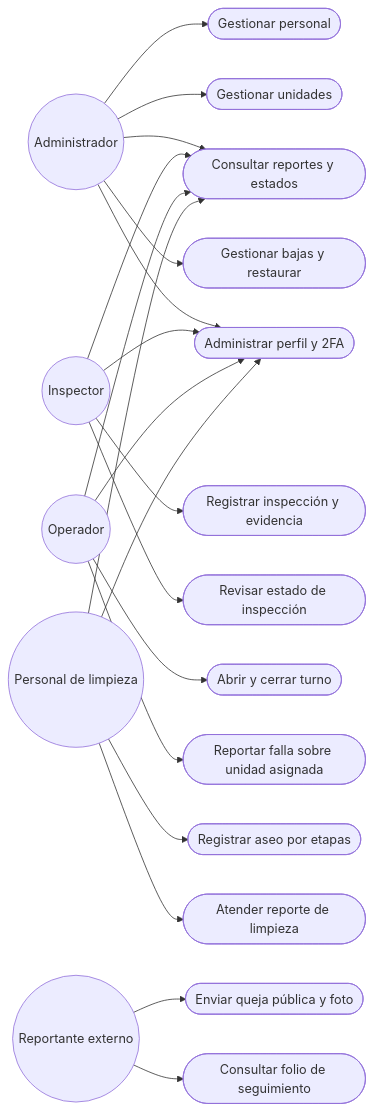
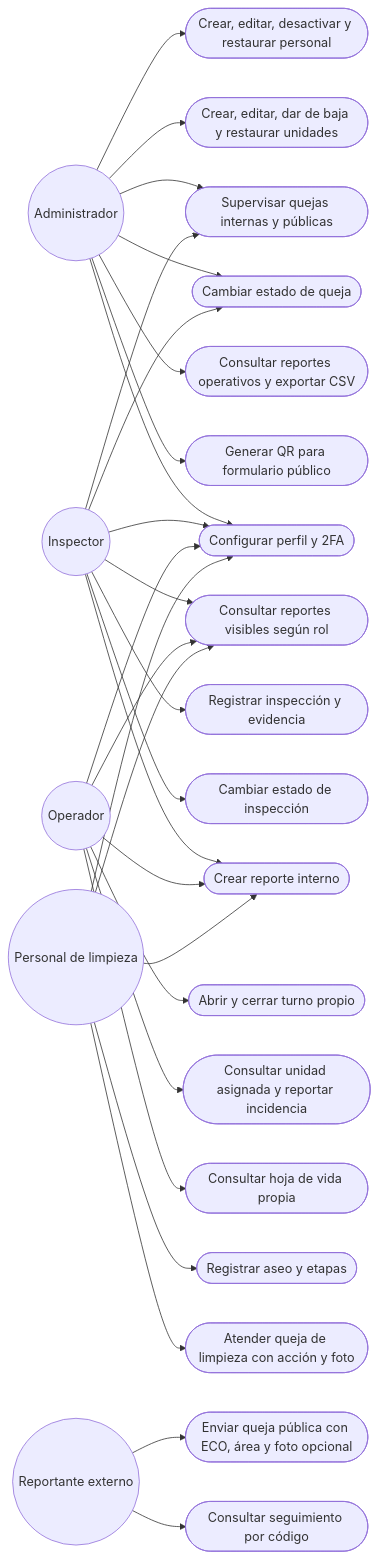
One commit to DI3G0180/RODAGEST changed the sixth of 12 diagrams in DOCUMENTO_FINAL_UPTEX_RODAGEST.md. Above: the diagram before and after it, drawn with Mermaid. The commit also changed other lines of this file and 41 other files, not shown here.

````diff
--- a/DOCUMENTO_FINAL_UPTEX_RODAGEST.md
+++ b/DOCUMENTO_FINAL_UPTEX_RODAGEST.md
@@ -690,40 +855,53 @@
 ```mermaid
 flowchart LR
   admin((Administrador))
   inspector((Inspector))
   operador((Operador))
   limpieza((Personal de limpieza))
   publico((Reportante externo))
-  uc1([Gestionar personal])
-  uc2([Gestionar unidades])
-  uc3([Consultar reportes y estados])
-  uc4([Gestionar bajas y restaurar])
-  uc5([Registrar inspección y evidencia])
-  uc6([Revisar estado de inspección])
-  uc7([Abrir y cerrar turno])
-  uc8([Reportar falla sobre unidad asignada])
-  uc9([Registrar aseo por etapas])
-  uc10([Atender reporte de limpieza])
-  uc11([Enviar queja pública y foto])
-  uc12([Consultar folio de seguimiento])
-  uc13([Administrar perfil y 2FA])
+  uc1([Crear, editar, desactivar y restaurar personal])
+  uc2([Crear, editar, dar de baja y restaurar unidades])
+  uc3([Supervisar quejas internas y públicas])
+  uc4([Cambiar estado de queja])
+  uc5([Consultar reportes operativos y exportar CSV])
+  uc6([Registrar inspección y evidencia])
+  uc7([Cambiar estado de inspección])
+  uc8([Abrir y cerrar turno propio])
+  uc9([Consultar unidad asignada y reportar incidencia])
+  uc10([Registrar aseo y etapas])
+  uc11([Atender queja de limpieza con acción y foto])
+  uc12([Crear reporte interno])
+  uc13([Enviar queja pública con ECO, área y foto opcional])
+  uc14([Consultar seguimiento por código])
+  uc15([Configurar perfil y 2FA])
+  uc16([Consultar reportes visibles según rol])
+  uc17([Consultar hoja de vida propia])
+  uc18([Generar QR para formulario público])
   admin --> uc1
   admin --> uc2
   admin --> uc3
   admin --> uc4
-  admin --> uc13
-  inspector --> uc5
+  admin --> uc5
+  admin --> uc18
+  inspector --> uc3
+  inspector --> uc16
+  inspector --> uc4
   inspector --> uc6
-  inspector --> uc3
-  inspector --> uc13
-  operador --> uc7
+  inspector --> uc7
+  inspector --> uc12
   operador --> uc8
-  operador --> uc3
-  operador --> uc13
-  limpieza --> uc9
+  operador --> uc9
+  operador --> uc16
+  operador --> uc12
+  operador --> uc17
   limpieza --> uc10
-  limpieza --> uc3
-  limpieza --> uc13
-  publico --> uc11
-  publico --> uc12
+  limpieza --> uc11
+  limpieza --> uc16
+  limpieza --> uc12
+  publico --> uc13
+  publico --> uc14
+  admin --> uc15
+  inspector --> uc15
+  operador --> uc15
+  limpieza --> uc15
 ```
````
